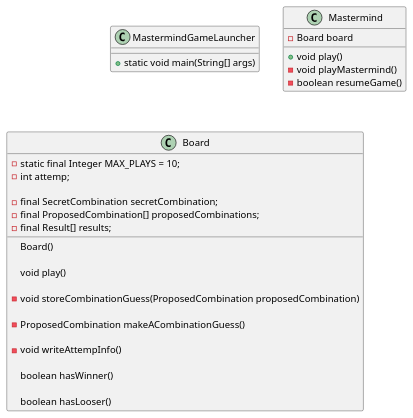
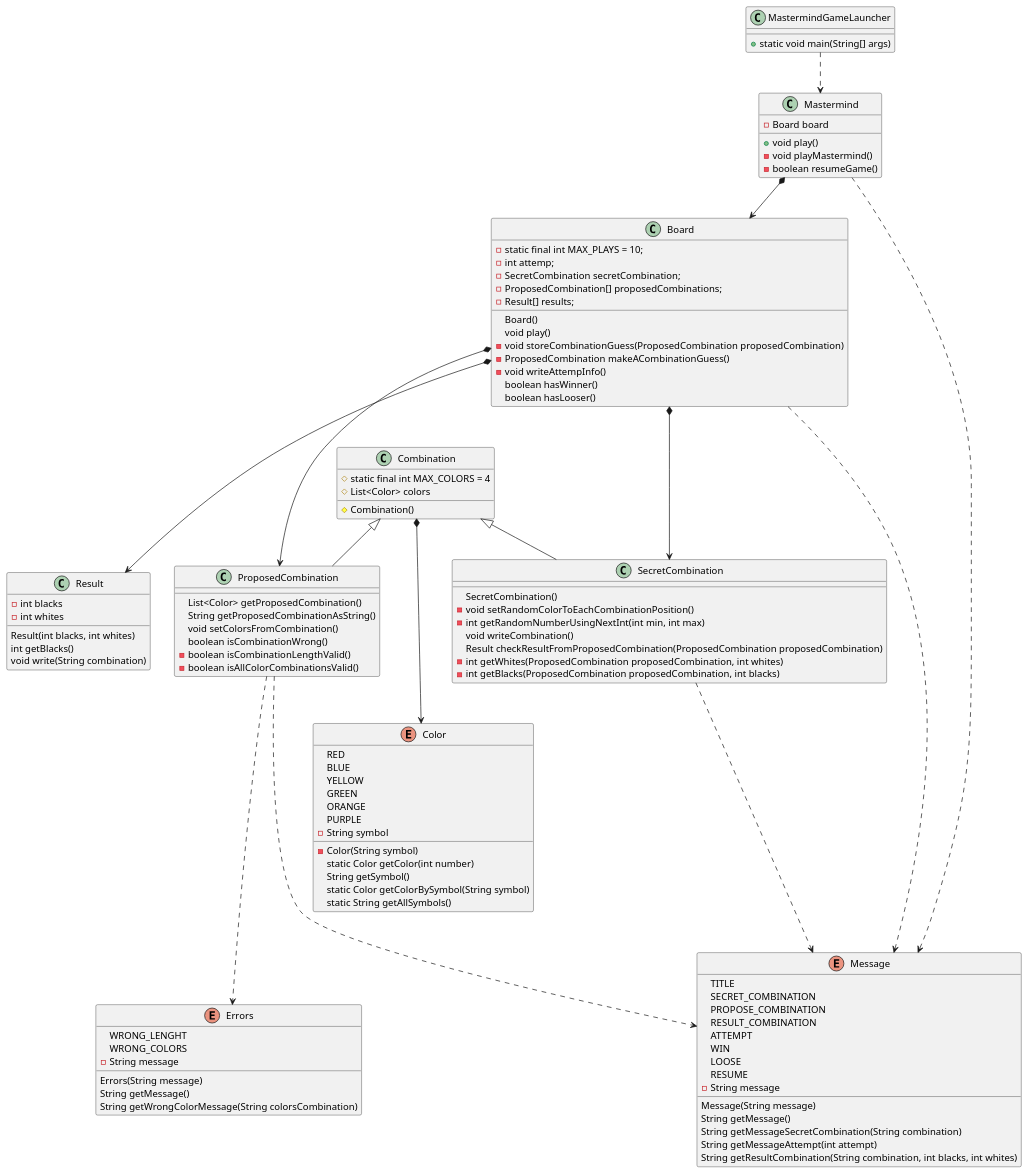
Before and after one commit to zuldare/masterCloudURJC-1-calidad-softwar: the diagram in diagrams/MastermindClassDiagram.puml, drawn with PlantUML. The commit also changed 6 other files, not shown here.

Commit message:
Change visibility to package. Change ClassDiagram.

```diff
--- a/diagrams/MastermindClassDiagram.puml
+++ b/diagrams/MastermindClassDiagram.puml
@@ -1,38 +1,120 @@
 @startuml
 
 class MastermindGameLauncher {
   + static void main(String[] args)
 }
 
 class Mastermind {
-- Board board
-+ void play()
-- void playMastermind()
-- boolean resumeGame()
+  - Board board
+  + void play()
+  - void playMastermind()
+  - boolean resumeGame()
 }
 
-
 class Board {
-
-  - static final Integer MAX_PLAYS = 10;
+  - static final int MAX_PLAYS = 10;
   - int attemp;
-
-  - final SecretCombination secretCombination;
-  - final ProposedCombination[] proposedCombinations;
-  - final Result[] results;
-
+  - SecretCombination secretCombination;
+  - ProposedCombination[] proposedCombinations;
+  - Result[] results;
   Board()
-
-  void play() 
-
-  - void storeCombinationGuess(ProposedCombination proposedCombination) 
-
-  - ProposedCombination makeACombinationGuess() 
-
+  void play()
+  - void storeCombinationGuess(ProposedCombination proposedCombination)
+  - ProposedCombination makeACombinationGuess()
   - void writeAttempInfo()
-
   boolean hasWinner()
-
   boolean hasLooser()
 }
+
+enum Color {
+  RED
+  BLUE
+  YELLOW
+  GREEN
+  ORANGE
+  PURPLE
+  - String symbol
+  - Color(String symbol)
+  static Color getColor(int number)
+  String getSymbol()
+  static Color getColorBySymbol(String symbol)
+  static String getAllSymbols()
+}
+
+class Combination {
+  # static final int MAX_COLORS = 4
+  # List<Color> colors
+  # Combination()
+}
+
+class ProposedCombination  {
+  List<Color> getProposedCombination()
+  String getProposedCombinationAsString()
+  void setColorsFromCombination()
+  boolean isCombinationWrong()
+  - boolean isCombinationLengthValid()
+  - boolean isAllColorCombinationsValid()
+}
+
+class SecretCombination  {
+  SecretCombination()
+  - void setRandomColorToEachCombinationPosition()
+  - int getRandomNumberUsingNextInt(int min, int max)
+  void writeCombination()
+  Result checkResultFromProposedCombination(ProposedCombination proposedCombination)
+  - int getWhites(ProposedCombination proposedCombination, int whites)
+  - int getBlacks(ProposedCombination proposedCombination, int blacks)
+}
+
+class Result {
+  - int blacks
+  - int whites
+  Result(int blacks, int whites)
+  int getBlacks()
+  void write(String combination)
+}
+
+enum Errors {
+  WRONG_LENGHT
+  WRONG_COLORS
+  - String message
+  Errors(String message)
+  String getMessage()
+  String getWrongColorMessage(String colorsCombination)
+}
+
+enum Message {
+  TITLE
+  SECRET_COMBINATION
+  PROPOSE_COMBINATION
+  RESULT_COMBINATION
+  ATTEMPT
+  WIN
+  LOOSE
+  RESUME
+  - String message
+  Message(String message)
+  String getMessage()
+  String getMessageSecretCombination(String combination)
+  String getMessageAttempt(int attempt)
+  String getResultCombination(String combination, int blacks, int whites)
+}
+
+MastermindGameLauncher ..> Mastermind
+Mastermind *-down-> Board
+
+Combination <|-- SecretCombination
+Combination <|-- ProposedCombination
+Board *---> SecretCombination
+Board *---> ProposedCombination
+Board *-down--> Result
+Combination *---> Color
+
+Mastermind ...> Message
+Board ...> Message
+SecretCombination ...> Message
+ProposedCombination ...> Message
+ProposedCombination ...> Errors
+
+
 @enduml
```
